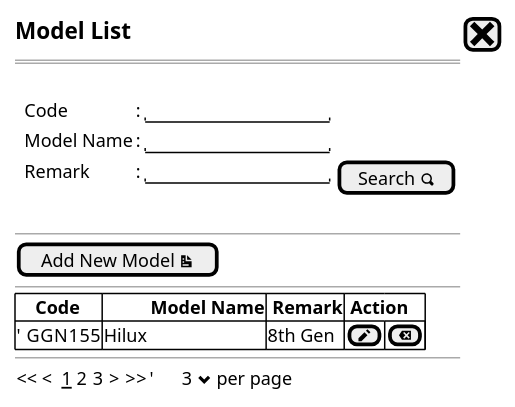
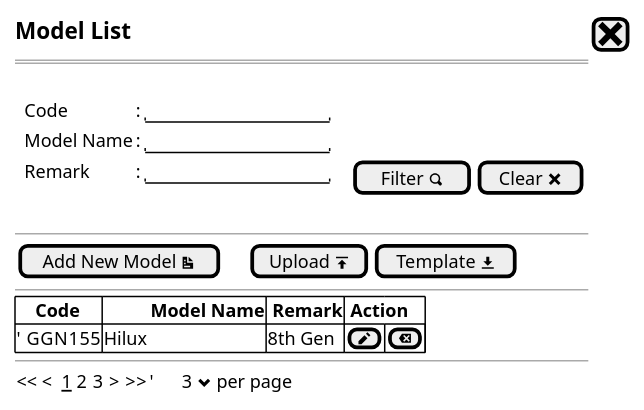
The diagram in Model/model - newstep0a.puml (ari-fikri/packing-cost-mockup), drawn with PlantUML before and after one commit. The commit also changed 6 other files, not shown here.

Commit message:
- Add clear filter button - Add upload/download template - Replace PM lookup button - Add X (close button) - Remove models sample data

```diff
--- a/Model/model - newstep0a.puml
+++ b/Model/model - newstep0a.puml
@@ -1,25 +1,27 @@
 @startsalt
 {
   <size:15><b>Model List |[<size:25><&x>]|*
   ==
   .
   {
       .|Code        |: |"               "|*
       .|Model Name  |: |"               "|*
-      .|Remark      |: |"               "| [Search <&magnifying-glass>] |*      
+      .|Remark      |: |"               "|.|.|[Filter <&magnifying-glass>]| [Clear <&x>]|*
   }
   .
   --
-  [Add New Model <&document>]
+  {
+  [Add New Model <&document>]|.|.|.|[Upload <&data-transfer-upload>]| [Template <&data-transfer-download>]|* 
+  }
   --
   {#
     |<b>    Code |<b>          Model Name        |<b> Remark |<b> Action |*|*|*
     |'  GGN155   | Hilux                         | 8th Gen       |[<&pencil>]|[<&delete>]|*
   }
   --
   {
   << <  __1__ 2 3  > >>  |'      3 <&chevron-bottom> per page |*
   }
 
 }
 @endsalt
```
